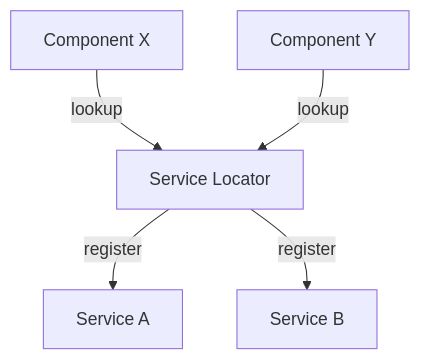
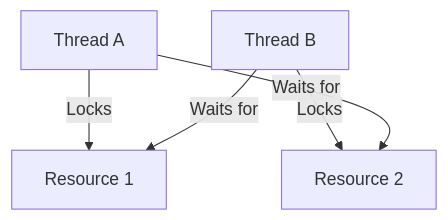
The first of 2 diagrams in content/patterns-clojure/9/8/index.md (MasteryEducation/SoftwarePatternsLexicon.com), drawn with Mermaid before and after one commit. The commit also changed other lines of this file and 462 other files, not shown here.

````diff
--- a/content/patterns-clojure/9/8/index.md
+++ b/content/patterns-clojure/9/8/index.md
@@ -36,7 +159,7 @@
 ```mermaid
 graph TD;
-    A[Service Locator] -->|register| B[Service A]
-    A -->|register| C[Service B]
-    D[Component X] -->|lookup| A
-    E[Component Y] -->|lookup| A
+    A[Thread A] -->|Locks| R1[Resource 1];
+    B[Thread B] -->|Locks| R2[Resource 2];
+    A -->|Waits for| R2;
+    B -->|Waits for| R1;
 ```
````
